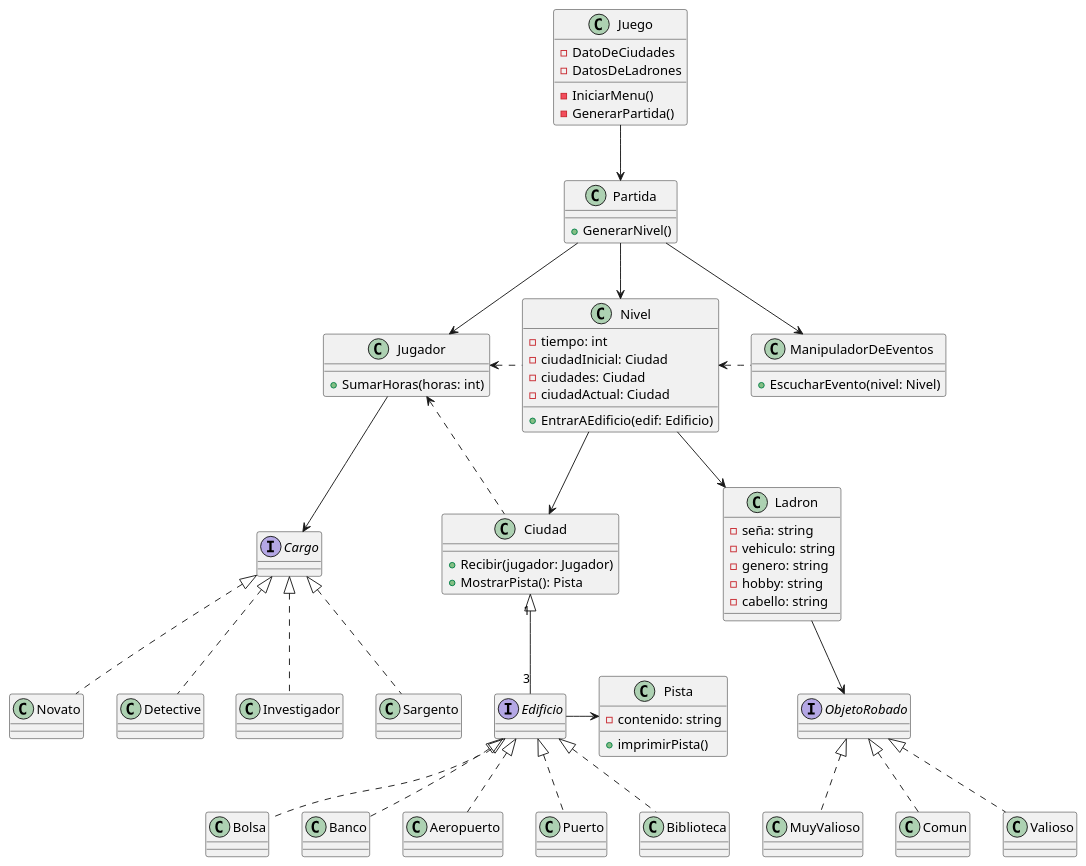
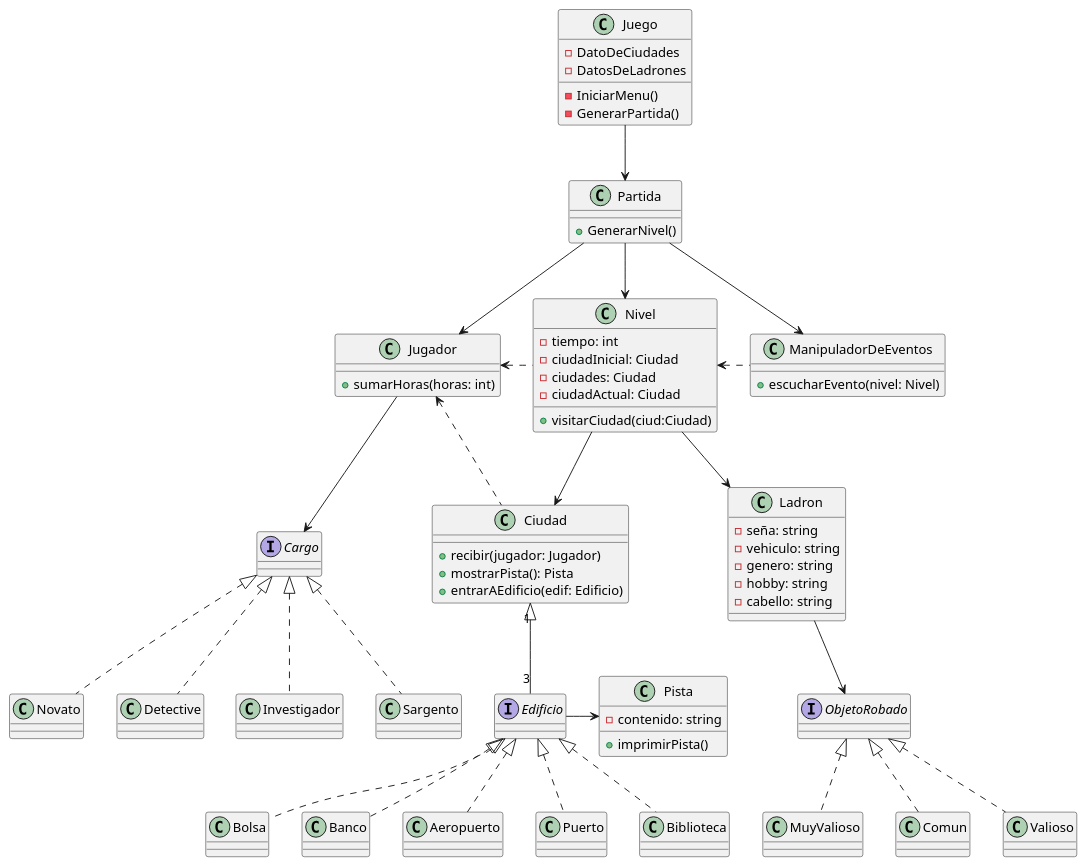
Before and after one commit to arilow/Algo3_TP2: the diagram in diagrams/classes/AlgoThief_Diagrama_Clase_UML.puml, drawn with PlantUML. The commit also changed 6 other files, not shown here.

Commit message:
Cambios en la funcionalidad de Nivel. Visitar Ciudad

```diff
--- a/diagrams/classes/AlgoThief_Diagrama_Clase_UML.puml
+++ b/diagrams/classes/AlgoThief_Diagrama_Clase_UML.puml
@@ -1,110 +1,112 @@
 @startuml algoThief
 class Juego {
     - DatoDeCiudades
     - DatosDeLadrones
 
     - IniciarMenu()
     - GenerarPartida()
 
 }
 
 class Partida {
     ' - jugador: Jugador
     ' - ladron: Ladron
     + GenerarNivel()
 }
 
 class Nivel {
     ' A futuro podria ser una fecha (date)
     - tiempo: int
     - ciudadInicial: Ciudad
     - ciudades: Ciudad
     - ciudadActual: Ciudad
 
-    + EntrarAEdificio(edif: Edificio)
+    + visitarCiudad(ciud:Ciudad)
+
 }
 
 class ManipuladorDeEventos {
-    + EscucharEvento(nivel: Nivel)
+    + escucharEvento(nivel: Nivel)
 }
 
 class Jugador {
-    + SumarHoras(horas: int)
+    + sumarHoras(horas: int)
 }
 
 class Ciudad {
-    + Recibir(jugador: Jugador)
-    + MostrarPista(): Pista
+    + recibir(jugador: Jugador)
+    + mostrarPista(): Pista
+    + entrarAEdificio(edif: Edificio)
 }
 
 interface Cargo{}
 class Novato{}
 class Detective{}
 class Investigador{}
 class Sargento{}
 
 class Pista{
     - contenido: string
     ' + mostrarGraficos()
      + imprimirPista()
 }
 
 class Aeropuerto{}
 class Puerto{}
 class Biblioteca{}
 class Bolsa{}
 class Banco{}
 
 class Ladron{
   - seña: string
   - vehiculo: string
   - genero: string
   - hobby: string
   - cabello: string
 }
 
 interface ObjetoRobado{}
 class Comun{}
 class Valioso{}
 class MuyValioso{}
 
 interface Edificio {
 }
 
 Jugador --> Cargo
 
 Cargo <|.. Novato
 Cargo <|.. Detective
 Cargo <|.. Investigador
 Cargo <|.. Sargento
 
 Ciudad "1" <|-- "3" Edificio
 Edificio <|.. Aeropuerto
 Edificio <|.. Puerto
 Edificio <|.. Biblioteca
 Edificio <|.. Bolsa
 Edificio <|.. Banco
 
 Edificio -> Pista
 
 ObjetoRobado <|.. Comun
 ObjetoRobado <|.. Valioso
 ObjetoRobado <|.. MuyValioso
 
 Juego --> Partida
 
 Partida --> ManipuladorDeEventos
 Partida --> Jugador
 Partida --> Nivel
 
 Nivel --> Ciudad
 Nivel --> Ladron
 Nivel <. ManipuladorDeEventos
 
 
 Jugador <. Nivel
 Jugador <. Ciudad
 
 Ladron --> ObjetoRobado
 
 @enduml
```
